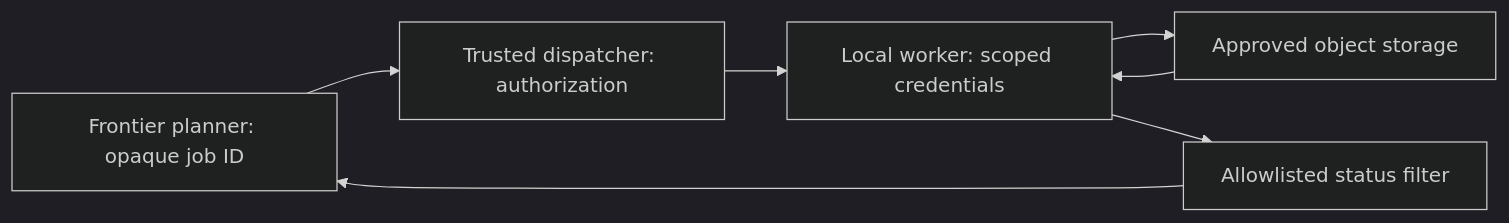
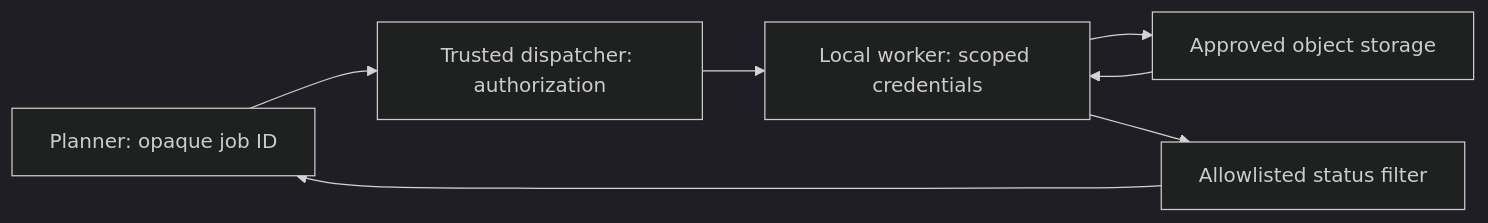
One commit to justsml/dans-blog changed the second of 2 diagrams in artifacts/speaking-portfolio-expanded/packets/adaptive-systems/contracts.md. Above: the diagram before and after it, drawn with Mermaid (dark theme). The commit also changed other lines of this file and 99 other files, not shown here.

````diff
--- a/artifacts/speaking-portfolio-expanded/packets/adaptive-systems/contracts.md
+++ b/artifacts/speaking-portfolio-expanded/packets/adaptive-systems/contracts.md
@@ -72,9 +84,9 @@
 ```mermaid
 flowchart LR
-  P[Frontier planner: opaque job ID] --> D[Trusted dispatcher: authorization]
+  P[Planner: opaque job ID] --> D[Trusted dispatcher: authorization]
   D --> W[Local worker: scoped credentials]
   W --> S[Approved object storage]
   S --> W
   W --> F[Allowlisted status filter]
   F --> P
 ```
````
